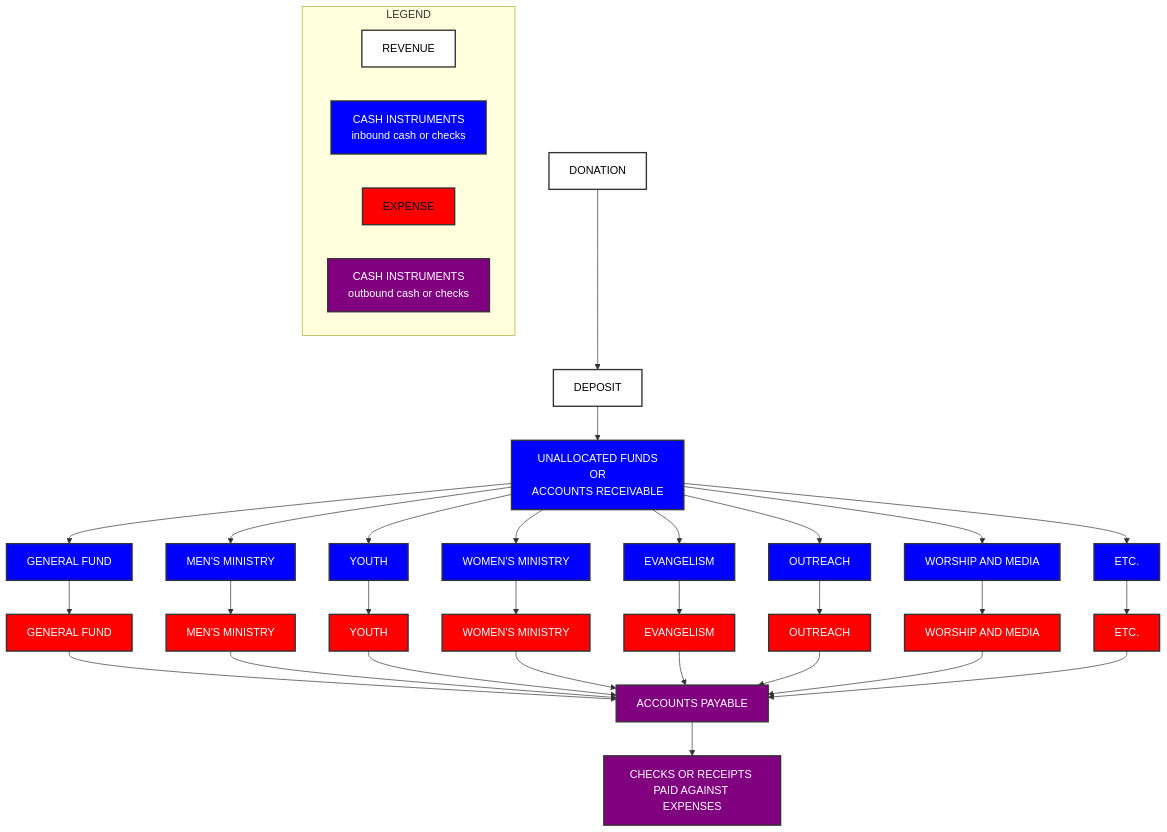
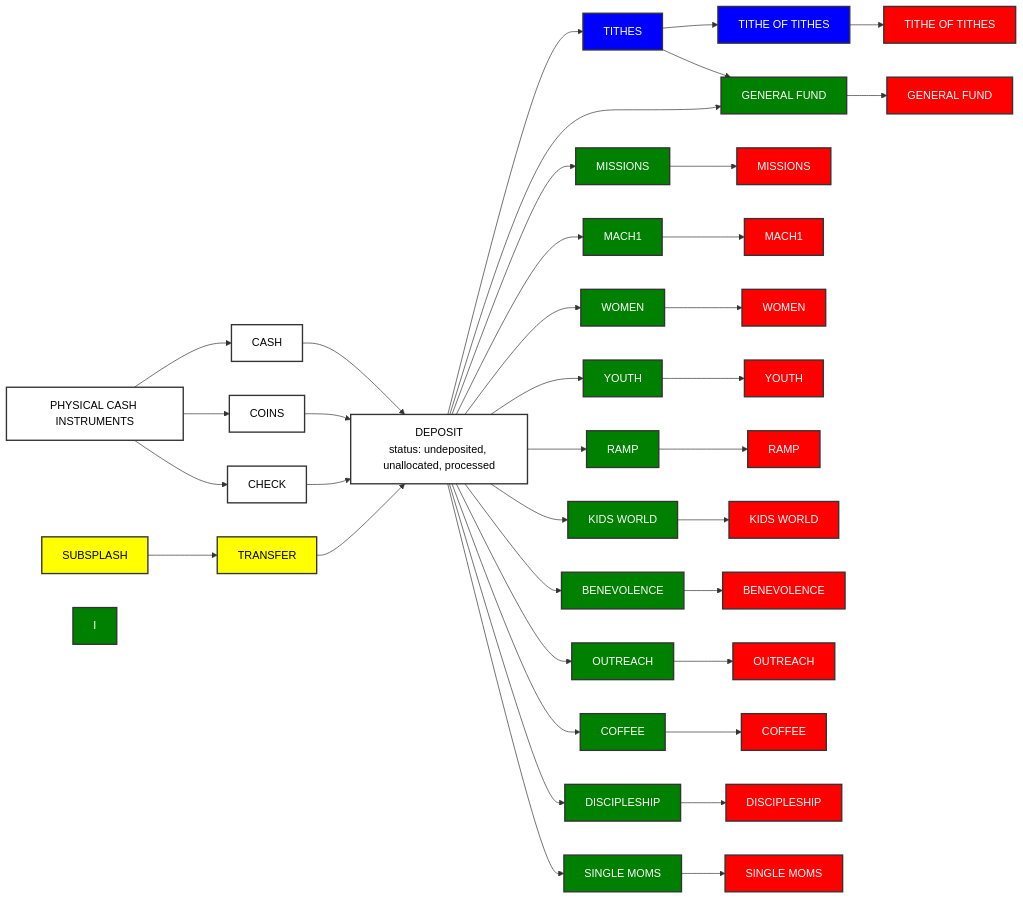
Before and after one commit to Parkway-Development/parkway-legacy: the second of 4 diagrams in documents-and-diagrams/contributions.md, drawn with Mermaid. The commit also changed other lines of this file and 24 other files, not shown here.

````diff
--- a/documents-and-diagrams/contributions.md
+++ b/documents-and-diagrams/contributions.md
@@ -143,56 +160,61 @@
 ```mermaid
-graph TD
-    subgraph LEGEND
-        AA[REVENUE]
-        CC[CASH INSTRUMENTS<BR/>inbound cash or checks]
-        BB[EXPENSE]
-        DD[CASH INSTRUMENTS<BR/>outbound cash or checks]
-
-            style AA fill:white,stroke:#333,stroke-width:2px,color:black
-            style BB fill:red,stroke:#333,stroke-width:2px,color:black
-            style CC fill:blue,stroke:#333,stroke-width:2px,color:white
-            style DD fill:purple,stroke:#333,stroke-width:2px,color:white
-    end
-
-    A[DONATION]-->B[DEPOSIT]-->C[UNALLOCATED FUNDS<BR/>OR<BR/> ACCOUNTS RECEIVABLE]
-    C-->D[GENERAL FUND]
-    C-->E[MEN'S MINISTRY]
-    C-->F[YOUTH]
-    C-->G[WOMEN'S MINISTRY]
-    C-->H[EVANGELISM]
-    C-->I[OUTREACH]
-    C-->J[WORSHIP AND MEDIA]
-    C-->K[ETC.]
-    D-->L[GENERAL FUND]-->T[ACCOUNTS PAYABLE]
-    E-->M[MEN'S MINISTRY]-->T
-    F-->N[YOUTH]-->T
-    G-->O[WOMEN'S MINISTRY]-->T
-    H-->P[EVANGELISM]-->T
-    I-->Q[OUTREACH]-->T
-    J-->R[WORSHIP AND MEDIA]-->T
-    K-->S[ETC.]-->T
-    T-->U[CHECKS OR RECEIPTS PAID AGAINST EXPENSES]
-    
+graph LR
+    A[PHYSICAL CASH INSTRUMENTS]-->B[CASH]
+    A-->C[COINS]
+    A-->D[CHECK]
+    B-->E[DEPOSIT<br/>status: undeposited, unallocated, processed]
+    C-->E
+    D-->E 
+    AAA[SUBSPLASH]-->BBB[TRANSFER]-->E
+    E-->F[TITHES]-->G[TITHE OF TITHES]-->GG[TITHE OF TITHES]
+    F-->H
+    E-->H[GENERAL FUND]-->HH[GENERAL FUND]
+    E-->J[MISSIONS]-->JJ[MISSIONS]
+    E-->K[MACH1]-->KK[MACH1]
+    E-->L[WOMEN]-->LL[WOMEN]
+    E-->M[YOUTH]-->MM[YOUTH]
+    E-->N[RAMP]-->NN[RAMP]
+    E-->O[KIDS WORLD]-->OO[KIDS WORLD]
+    E-->P[BENEVOLENCE]-->PP[BENEVOLENCE]
+    E-->Q[OUTREACH]-->QQ[OUTREACH]
+    E-->R[COFFEE]-->RR[COFFEE]
+    E-->S[DISCIPLESHIP]-->SS[DISCIPLESHIP]
+    E-->T[SINGLE MOMS]-->TT[SINGLE MOMS]
 
     style A fill:white,stroke:#333,stroke-width:2px,color:black
     style B fill:white,stroke:#333,stroke-width:2px,color:black
-    style C fill:blue,stroke:#333,stroke-width:2px,color:white
-    style D fill:blue,stroke:#333,stroke-width:2px,color:white
-    style E fill:blue,stroke:#333,stroke-width:2px,color:white
+    style C fill:white,stroke:#333,stroke-width:2px,color:black
+    style D fill:white,stroke:#333,stroke-width:2px,color:black
+    style E fill:white,stroke:#333,stroke-width:2px,color:black
     style F fill:blue,stroke:#333,stroke-width:2px,color:white
     style G fill:blue,stroke:#333,stroke-width:2px,color:white
-    style H fill:blue,stroke:#333,stroke-width:2px,color:white
-    style I fill:blue,stroke:#333,stroke-width:2px,color:white
-    style J fill:blue,stroke:#333,stroke-width:2px,color:white
-    style K fill:blue,stroke:#333,stroke-width:2px,color:white
-    style L fill:red,stroke:#333,stroke-width:2px,color:white
-    style M fill:red,stroke:#333,stroke-width:2px,color:white
-    style N fill:red,stroke:#333,stroke-width:2px,color:white
-    style O fill:red,stroke:#333,stroke-width:2px,color:white
-    style P fill:red,stroke:#333,stroke-width:2px,color:white
-    style Q fill:red,stroke:#333,stroke-width:2px,color:white
-    style R fill:red,stroke:#333,stroke-width:2px,color:white
-    style S fill:red,stroke:#333,stroke-width:2px,color:white
-    style T fill:purple,stroke:#333,stroke-width:2px,color:white
-    style U fill:purple,stroke:#333,stroke-width:2px,color:white
+    style H fill:green,stroke:#333,stroke-width:2px,color:white
+    style I fill:green,stroke:#333,stroke-width:2px,color:white
+    style J fill:green,stroke:#333,stroke-width:2px,color:white
+    style K fill:green,stroke:#333,stroke-width:2px,color:white
+    style L fill:green,stroke:#333,stroke-width:2px,color:white
+    style M fill:green,stroke:#333,stroke-width:2px,color:white
+    style N fill:green,stroke:#333,stroke-width:2px,color:white
+    style O fill:green,stroke:#333,stroke-width:2px,color:white
+    style P fill:green,stroke:#333,stroke-width:2px,color:white
+    style Q fill:green,stroke:#333,stroke-width:2px,color:white
+    style R fill:green,stroke:#333,stroke-width:2px,color:white
+    style S fill:green,stroke:#333,stroke-width:2px,color:white
+    style T fill:green,stroke:#333,stroke-width:2px,color:white
+    style GG fill:red,stroke:#333,stroke-width:2px,color:white
+    style HH fill:red,stroke:#333,stroke-width:2px,color:white
+    style JJ fill:red,stroke:#333,stroke-width:2px,color:white
+    style KK fill:red,stroke:#333,stroke-width:2px,color:white
+    style LL fill:red,stroke:#333,stroke-width:2px,color:white
+    style MM fill:red,stroke:#333,stroke-width:2px,color:white
+    style NN fill:red,stroke:#333,stroke-width:2px,color:white
+    style OO fill:red,stroke:#333,stroke-width:2px,color:white
+    style PP fill:red,stroke:#333,stroke-width:2px,color:white
+    style QQ fill:red,stroke:#333,stroke-width:2px,color:white
+    style RR fill:red,stroke:#333,stroke-width:2px,color:white
+    style SS fill:red,stroke:#333,stroke-width:2px,color:white
+    style TT fill:red,stroke:#333,stroke-width:2px,color:white
+    style AAA fill:yellow,stroke:#333,stroke-width:2px,color:black
+    style BBB fill:yellow,stroke:#333,stroke-width:2px,color:black
+
 ```
````
